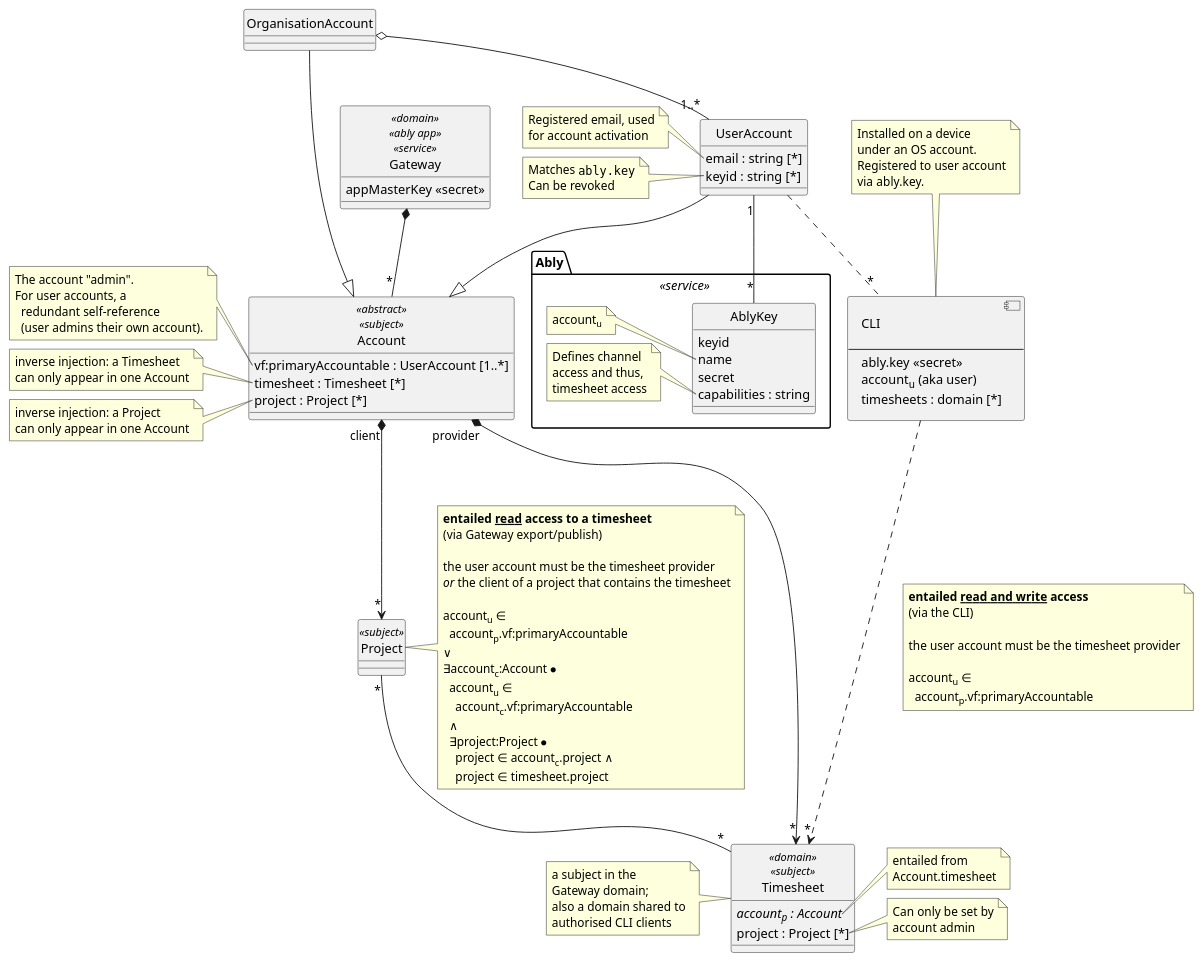
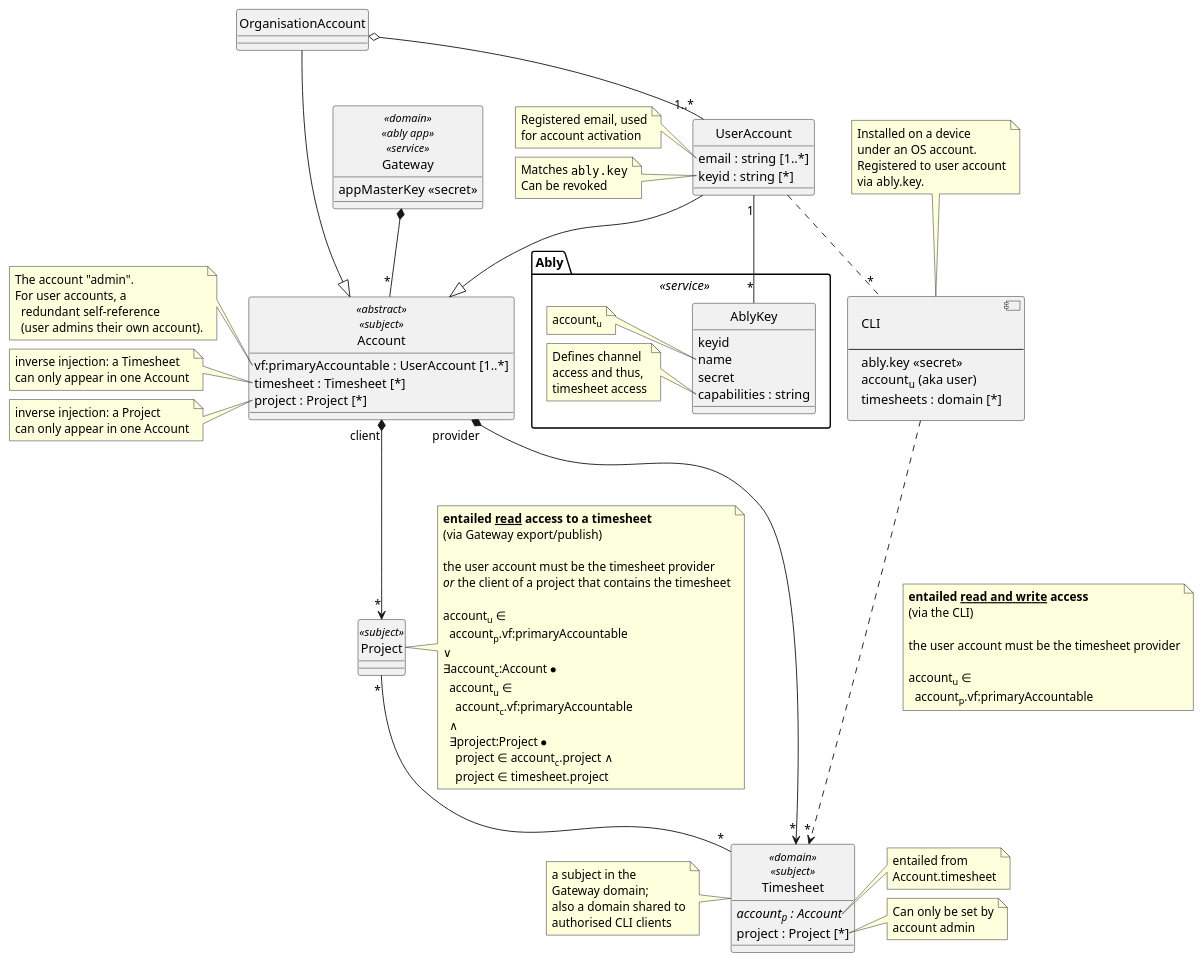
One commit to m-ld/timeld changed the diagram in architecture/security/accounts.class.puml. Above: the diagram before and after it, drawn with PlantUML. The commit also changed 23 other files, not shown here.

```diff
--- a/architecture/security/accounts.class.puml
+++ b/architecture/security/accounts.class.puml
@@ -1,145 +1,145 @@
 @startuml
 'https://plantuml.com/class-diagram
 
 hide circle
 allowmixing
 
 class Gateway <<domain>> <<ably app>> <<service>> {
   appMasterKey <<secret>>
 }
 
 Gateway *-- "*" Account
 
 class Account <<abstract>> <<subject>> {
   vf:primaryAccountable : UserAccount [1..*]
   timesheet : Timesheet [*]
   project : Project [*]
 }
 note left of Account::vf:primaryAccountable
   The account "admin".
   For user accounts, a
     redundant self-reference
     (user admins their own account).
 end note
 note left of Account::timesheet
   inverse injection: a Timesheet
   can only appear in one Account
 end note
 note left of Account::project
   inverse injection: a Project
   can only appear in one Account
 end note
 
 Account "provider" *--> "*" Timesheet
 
 Account "client" *--> "*" Project
 
 class UserAccount {
-  email : string [*]
+  email : string [1..*]
   keyid : string [*]
 }
 note left of UserAccount::email
   Registered email, used
   for account activation
 end note
 note left of UserAccount::keyid
   Matches ""ably.key""
   Can be revoked
 end note
 UserAccount --|> Account
 
 class OrganisationAccount {
 }
 OrganisationAccount --|> Account
 OrganisationAccount o-- "1..*" UserAccount
 
 class Timesheet <<domain>> <<subject>> {
   //account<sub>p</sub> : Account//
   project : Project [*]
 }
 note left of Timesheet
   a subject in the
   Gateway domain;
   also a domain shared to
   authorised CLI clients
 end note
 note right of Timesheet::account
   entailed from
   Account.timesheet
 end note
 note right of Timesheet::project
   Can only be set by
   account admin
 end note
 
 class Project <<subject>> {
 }
 note right of Project
   **entailed __read__ access to a timesheet**
   (via Gateway export/publish)
 
   the user account must be the timesheet provider
   //or// the client of a project that contains the timesheet
 
   account<sub>u</sub> ∈
     account<sub>p</sub>.vf:primaryAccountable
   ∨
   ∃account<sub>c</sub>:Account ⦁
     account<sub>u</sub> ∈
       account<sub>c</sub>.vf:primaryAccountable
     ∧
     ∃project:Project ⦁
       project ∈ account<sub>c</sub>.project ∧
       project ∈ timesheet.project
 end note
 
 Project "*" -- "*" Timesheet
 
 component CLI [
   CLI
 
   ---
   ably.key <<secret>>
   account<sub>u</sub> (aka user)
   timesheets : domain [*]
 ]
 note top of CLI
   Installed on a device
   under an OS account.
   Registered to user account
   via ably.key.
 end note
 
 UserAccount .. "*" CLI
 
 CLI ..> "*" Timesheet
 note bottom on link
   **entailed __read and write__ access**
   (via the CLI)
 
   the user account must be the timesheet provider
 
   account<sub>u</sub> ∈
     account<sub>p</sub>.vf:primaryAccountable
 end note
 
 package Ably <<service>> {
   class AblyKey {
     keyid
     name
     secret
     capabilities : string
   }
   note left of AblyKey::name
     account<sub>u</sub>
   end note
   note left of AblyKey::capabilities
     Defines channel
     access and thus,
     timesheet access
   end note
 
   UserAccount "1" -- "*" AblyKey
 }
 
 @enduml
```
